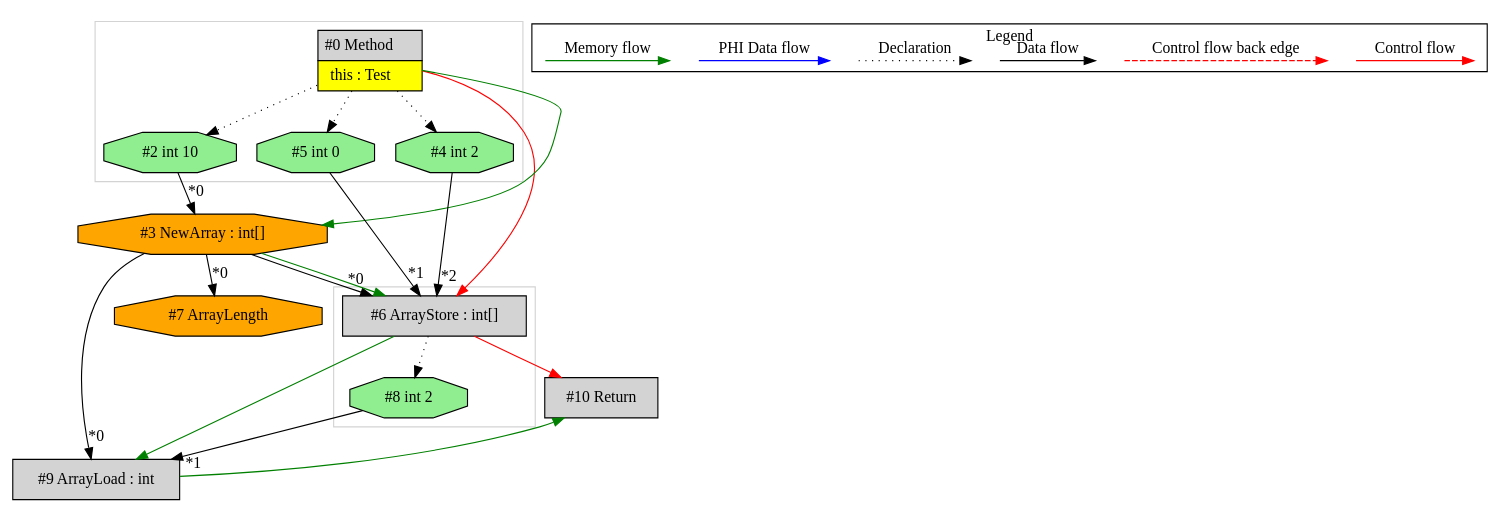
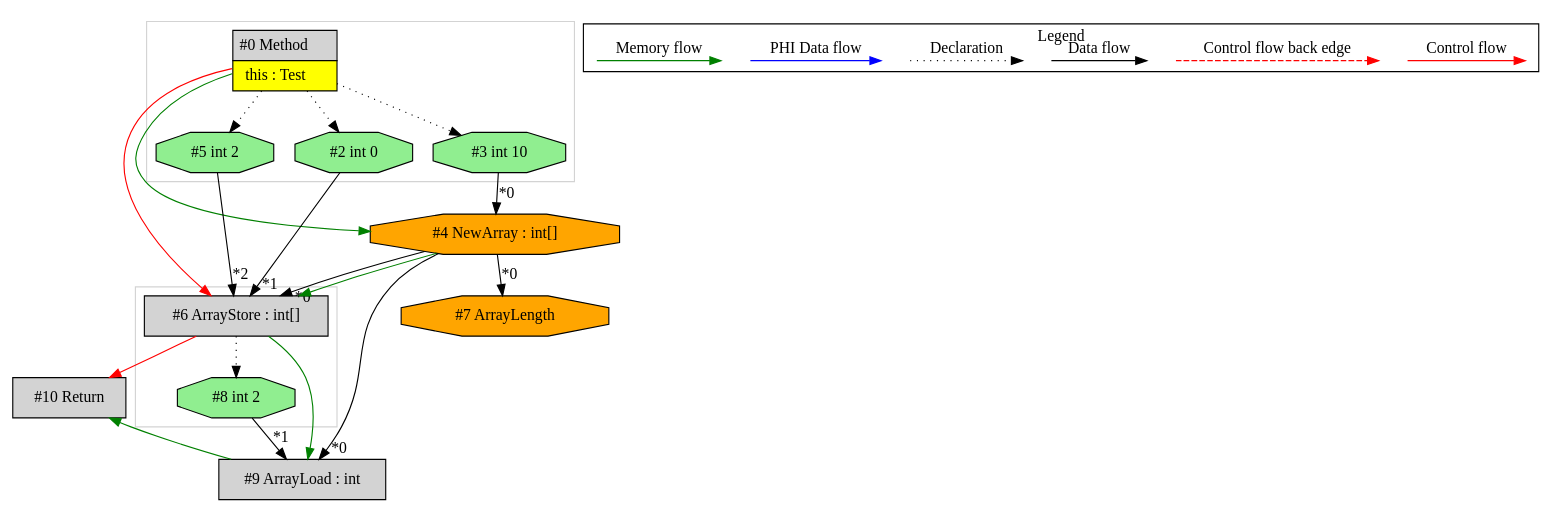
One commit to mirkosertic/MetaIR changed the diagram in de.mirkosertic.metair.ir.OpcodeNEWARRAYTest/test_NEWARRAY_int/ir.dot. Above: the diagram before and after it, drawn with Graphviz. The commit also changed 636 other files, not shown here.

```diff
--- a/de.mirkosertic.metair.ir.OpcodeNEWARRAYTest/test_NEWARRAY_int/ir.dot
+++ b/de.mirkosertic.metair.ir.OpcodeNEWARRAYTest/test_NEWARRAY_int/ir.dot
@@ -1,68 +1,68 @@
 digraph {
  ordering="in";
  node0[margin="0", label=<<table border="0" cellborder="1" cellspacing="0" cellpadding="5"><tr><td colspan="1">#0 Method</td></tr><tr><td port="prj1" bgcolor="yellow">this : Test</td></tr></table>>,shape=none, fillcolor=lightgrey, style=filled];
- node5[label="#5 int 0",shape=octagon, fillcolor=lightgreen, style=filled];
- node0 -> node5[style=dotted];
- node6[label="#6 ArrayStore : int[]",shape=box, fillcolor=lightgrey, style=filled];
- node3 -> node6[headlabel="*0", labeldistance=2];
- node5 -> node6[headlabel="*1", labeldistance=2];
- node4 -> node6[headlabel="*2", labeldistance=2];
- node3 -> node6[labeldistance=2, color=green, constraint=false];
- node0 -> node6[labeldistance=2, color=red, fontcolor=red];
- node3[label="#3 NewArray : int[]",shape=octagon, fillcolor=orange, style=filled];
- node2 -> node3[headlabel="*0", labeldistance=2];
- node0 -> node3[labeldistance=2, color=green, constraint=false];
- node2[label="#2 int 10",shape=octagon, fillcolor=lightgreen, style=filled];
- node0 -> node2[style=dotted];
+ node4[label="#4 NewArray : int[]",shape=octagon, fillcolor=orange, style=filled];
+ node3 -> node4[headlabel="*0", labeldistance=2];
+ node0 -> node4[labeldistance=2, color=green, constraint=false];
+ node3[label="#3 int 10",shape=octagon, fillcolor=lightgreen, style=filled];
+ node0 -> node3[style=dotted];
  node9[label="#9 ArrayLoad : int",shape=box, fillcolor=lightgrey, style=filled];
- node3 -> node9[headlabel="*0", labeldistance=2];
+ node4 -> node9[headlabel="*0", labeldistance=2];
  node8 -> node9[headlabel="*1", labeldistance=2];
  node6 -> node9[labeldistance=2, color=green, constraint=false];
+ node6[label="#6 ArrayStore : int[]",shape=box, fillcolor=lightgrey, style=filled];
+ node4 -> node6[headlabel="*0", labeldistance=2];
+ node2 -> node6[headlabel="*1", labeldistance=2];
+ node5 -> node6[headlabel="*2", labeldistance=2];
+ node4 -> node6[labeldistance=2, color=green, constraint=false];
+ node0 -> node6[labeldistance=2, color=red, fontcolor=red];
+ node5[label="#5 int 2",shape=octagon, fillcolor=lightgreen, style=filled];
+ node0 -> node5[style=dotted];
+ node2[label="#2 int 0",shape=octagon, fillcolor=lightgreen, style=filled];
+ node0 -> node2[style=dotted];
  node8[label="#8 int 2",shape=octagon, fillcolor=lightgreen, style=filled];
  node6 -> node8[style=dotted];
  node10[label="#10 Return",shape=box, fillcolor=lightgrey, style=filled];
  node6 -> node10[labeldistance=2, color=red, fontcolor=red];
  node9 -> node10[labeldistance=2, color=green, constraint=false];
  node7[label="#7 ArrayLength",shape=octagon, fillcolor=orange, style=filled];
- node3 -> node7[headlabel="*0", labeldistance=2];
- node4[label="#4 int 2",shape=octagon, fillcolor=lightgreen, style=filled];
- node0 -> node4[style=dotted];
+ node4 -> node7[headlabel="*0", labeldistance=2];
  subgraph cluster_0 {
   color=lightgray;
   node6;
   node8;
  }
  subgraph cluster_1 {
   color=lightgray;
   node0;
   node2;
-  node4;
+  node3;
   node5;
  }
  subgraph cluster_000 {
   label = "Legend";
   node [shape=point]
   {
    rank=same;
    c0 [style = invis];
    c1 [style = invis];
    c2 [style = invis];
    c3 [style = invis];
    d0 [style = invis];
    d1 [style = invis];
    d2 [style = invis];
    d3 [style = invis];
    d4 [style = invis];
    d5 [style = invis];
    d6 [style = invis];
    d7 [style = invis];
   }
   c0 -> c1 [label="Control flow", style=solid, color=red]
   c2 -> c3 [label="Control flow back edge", style=dashed, color=red]
   d0 -> d1 [label="Data flow"]
   d2 -> d3 [label="Declaration", style=dotted]
   d4 -> d5 [label="PHI Data flow", color=blue]
   d6 -> d7 [label="Memory flow", color=green]
  }
 
 }
```
